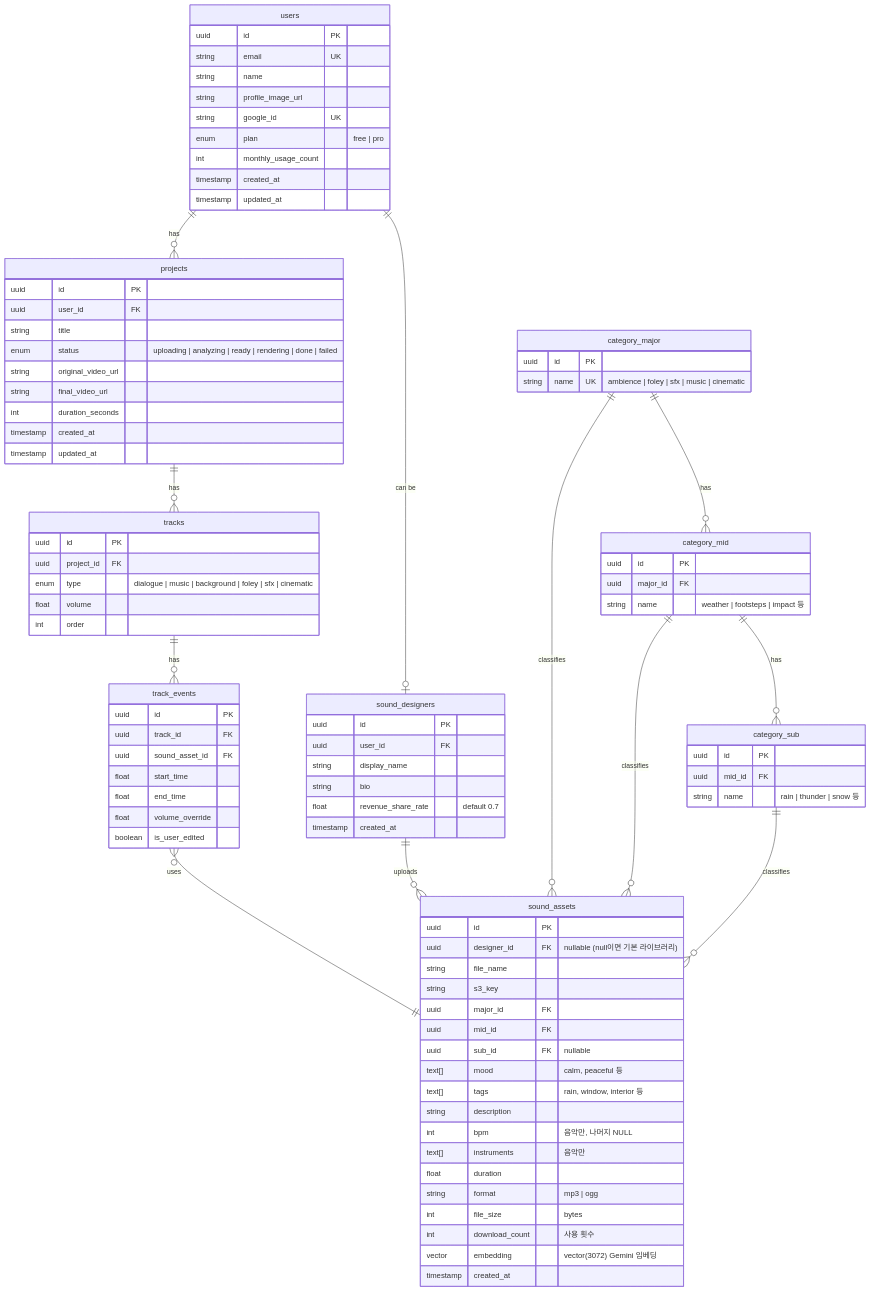
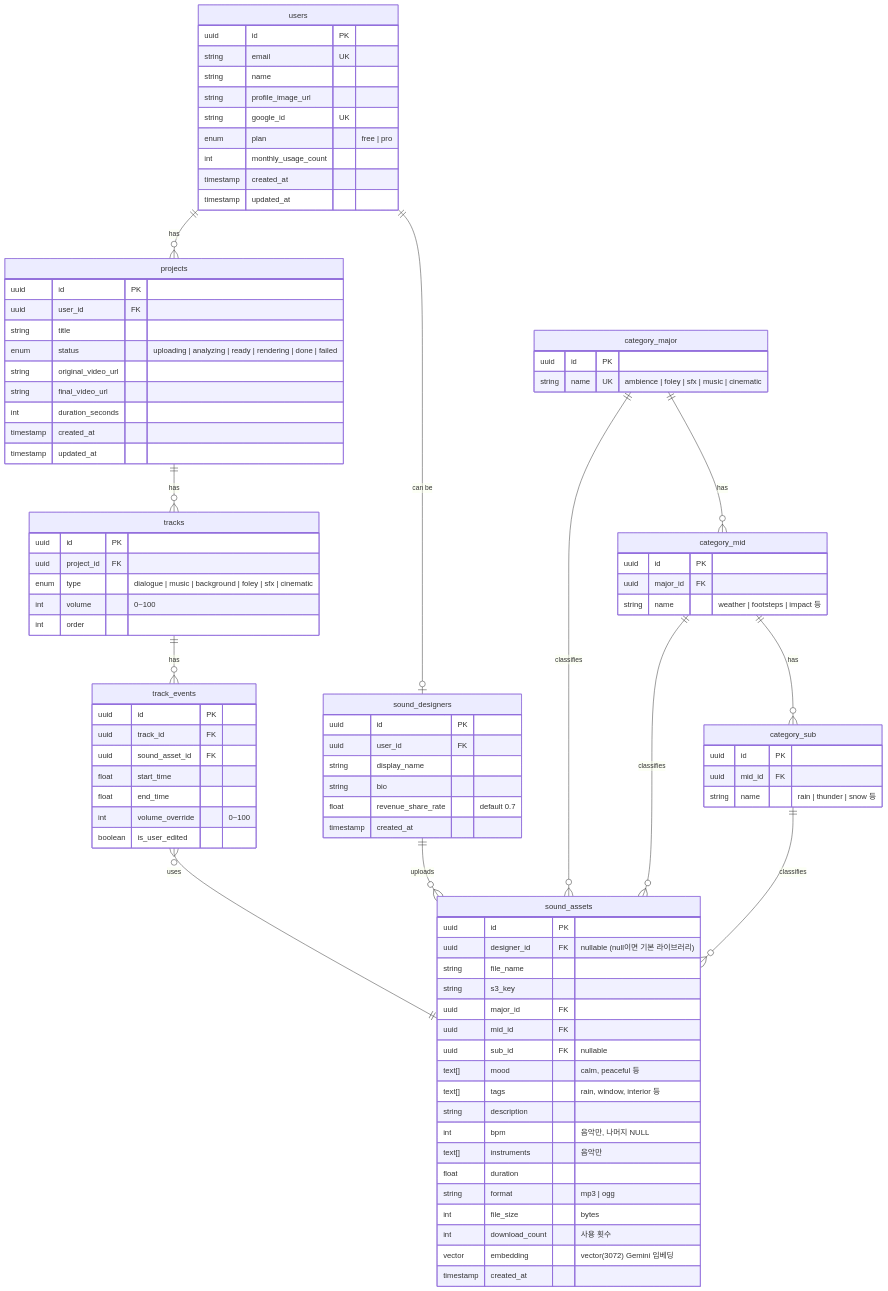
One commit to 4azin/ausori_audio_PoC changed the diagram in back/03_erd.md. Above: the diagram before and after it, drawn with Mermaid. The commit also changed other lines of this file, not shown here.

Commit message:
docs(erd): change volume fields from float to int (0~100)

```diff
--- a/back/03_erd.md
+++ b/back/03_erd.md
@@ -32,7 +32,7 @@
         uuid id PK
         uuid project_id FK
         enum type "dialogue | music | background | foley | sfx | cinematic"
-        float volume
+        int volume "0~100"
         int order
     }
 
@@ -42,7 +42,7 @@
         uuid sound_asset_id FK
         float start_time
         float end_time
-        float volume_override
+        int volume_override "0~100"
         boolean is_user_edited
     }
 
```
